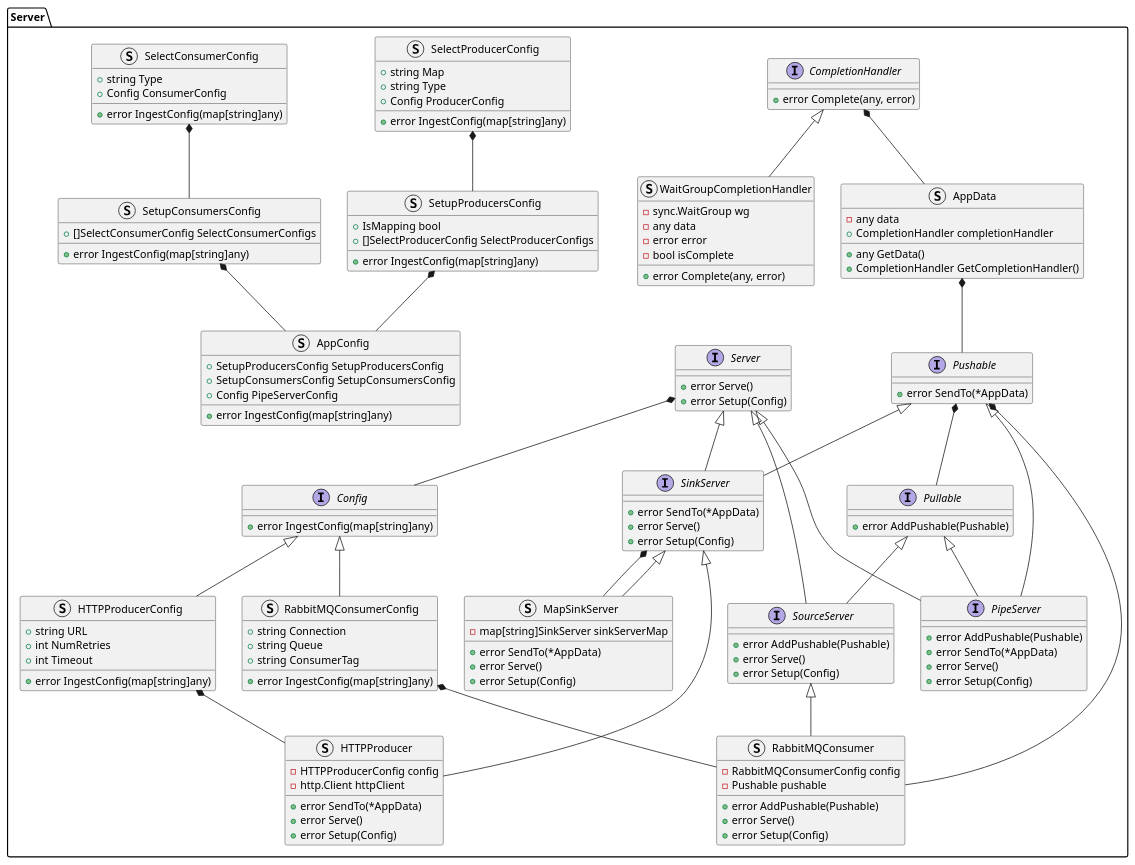
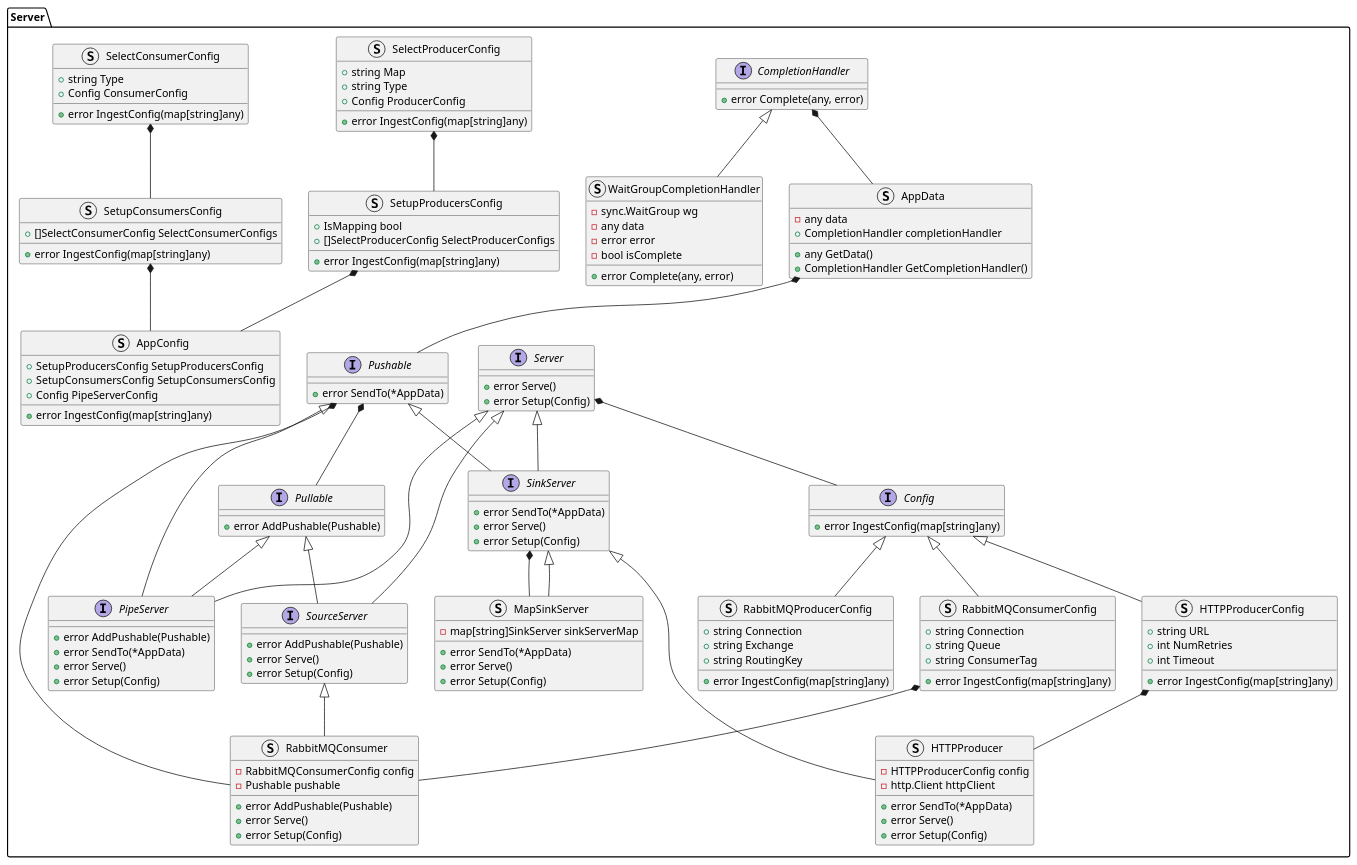
One commit to xtuml/otel2pv changed the diagram in docs/design_notes/DN1_JSON_Extractor/class_diagram.puml. Above: the diagram before and after it, drawn with PlantUML. The commit also changed 3 other files, not shown here.

```diff
--- a/docs/design_notes/DN1_JSON_Extractor/class_diagram.puml
+++ b/docs/design_notes/DN1_JSON_Extractor/class_diagram.puml
@@ -1,135 +1,142 @@
 @startuml
 namespace Server {
     interface CompletionHandler {
         +error Complete(any, error)
     }
     struct WaitGroupCompletionHandler {
         -sync.WaitGroup wg
         -any data
         -error error
         -bool isComplete
         +error Complete(any, error)
     }
     struct AppData {
         -any data
         +CompletionHandler completionHandler
         +any GetData()
         +CompletionHandler GetCompletionHandler()
     }
     interface Server {
         +error Serve()
         +error Setup(Config)
     }
     interface Pullable {
         +error AddPushable(Pushable)
     }
     interface Pushable {
         +error SendTo(*AppData)
     }
     interface SourceServer {
         +error AddPushable(Pushable)
         +error Serve()
         +error Setup(Config)
     }
     interface SinkServer {
         +error SendTo(*AppData)
         +error Serve()
         +error Setup(Config)
     }
     interface PipeServer {
         +error AddPushable(Pushable)
         +error SendTo(*AppData)
         +error Serve()
         +error Setup(Config)
     }
     struct HTTPProducer {
         -HTTPProducerConfig config
         -http.Client httpClient
         +error SendTo(*AppData)
         +error Serve()
         +error Setup(Config)
     }
     struct RabbitMQConsumer {
         -RabbitMQConsumerConfig config
         -Pushable pushable
         +error AddPushable(Pushable) 
         +error Serve()
         +error Setup(Config)
     }
     struct MapSinkServer {
         -map[string]SinkServer sinkServerMap
         +error SendTo(*AppData)
         +error Serve()
         +error Setup(Config)
     }
     interface Config {
         +error IngestConfig(map[string]any)
     }
     struct HTTPProducerConfig {
         +string URL
         +int NumRetries
         +int Timeout
         +error IngestConfig(map[string]any)
     }
+    struct RabbitMQProducerConfig {
+        +string Connection
+        +string Exchange
+        +string RoutingKey
+        +error IngestConfig(map[string]any)
+    }
     struct RabbitMQConsumerConfig {
         +string Connection
         +string Queue
         +string ConsumerTag
         +error IngestConfig(map[string]any)
     }
     struct SelectProducerConfig {
         +string Map
         +string Type
         +Config ProducerConfig
         +error IngestConfig(map[string]any)
     }
     struct SetupProducersConfig {
         +IsMapping bool
         +[]SelectProducerConfig SelectProducerConfigs
         +error IngestConfig(map[string]any)
     }
     struct SelectConsumerConfig {
         +string Type
         +Config ConsumerConfig
         +error IngestConfig(map[string]any)
     }
     struct SetupConsumersConfig {
         +[]SelectConsumerConfig SelectConsumerConfigs
         +error IngestConfig(map[string]any)
     }
     struct AppConfig {
         +SetupProducersConfig SetupProducersConfig
         +SetupConsumersConfig SetupConsumersConfig
         +Config PipeServerConfig
         +error IngestConfig(map[string]any)
     }
 }
 Server.CompletionHandler <|-- Server.WaitGroupCompletionHandler
 Server.CompletionHandler *-- Server.AppData
 Server.AppData *-- Server.Pushable
 Server.Server <|-- Server.SourceServer
 Server.Pushable *-- Server.Pullable
 Server.Pullable <|-- Server.SourceServer
 Server.Server <|-- Server.SinkServer
 Server.Pushable <|-- Server.SinkServer
 Server.Pushable <|-- Server.PipeServer
 Server.Pullable <|-- Server.PipeServer
 Server.Server <|-- Server.PipeServer
 
 Server.SinkServer <|-- Server.HTTPProducer
 Server.SinkServer *-- Server.MapSinkServer
 Server.SinkServer <|-- Server.MapSinkServer
 Server.SourceServer <|-- Server.RabbitMQConsumer
 Server.Pushable *-- Server.RabbitMQConsumer
 
 
 Server.Server *-- Server.Config
 Server.Config <|-- Server.HTTPProducerConfig
+Server.Config <|-- Server.RabbitMQProducerConfig
 Server.Config <|-- Server.RabbitMQConsumerConfig
 Server.SetupProducersConfig *-- Server.AppConfig
 Server.SetupConsumersConfig *-- Server.AppConfig
 Server.SelectProducerConfig *-- Server.SetupProducersConfig
 Server.SelectConsumerConfig *-- Server.SetupConsumersConfig
 Server.HTTPProducerConfig *-- Server.HTTPProducer
 Server.RabbitMQConsumerConfig *-- Server.RabbitMQConsumer
 @enduml
```
